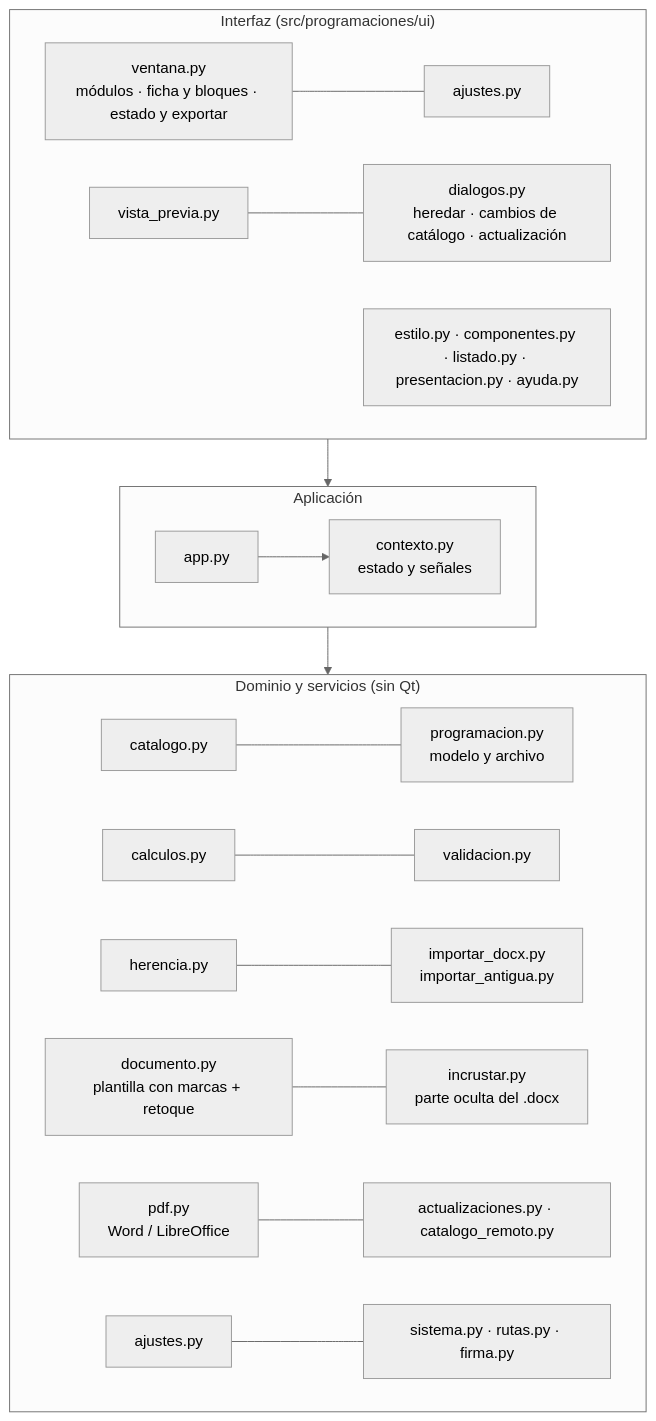
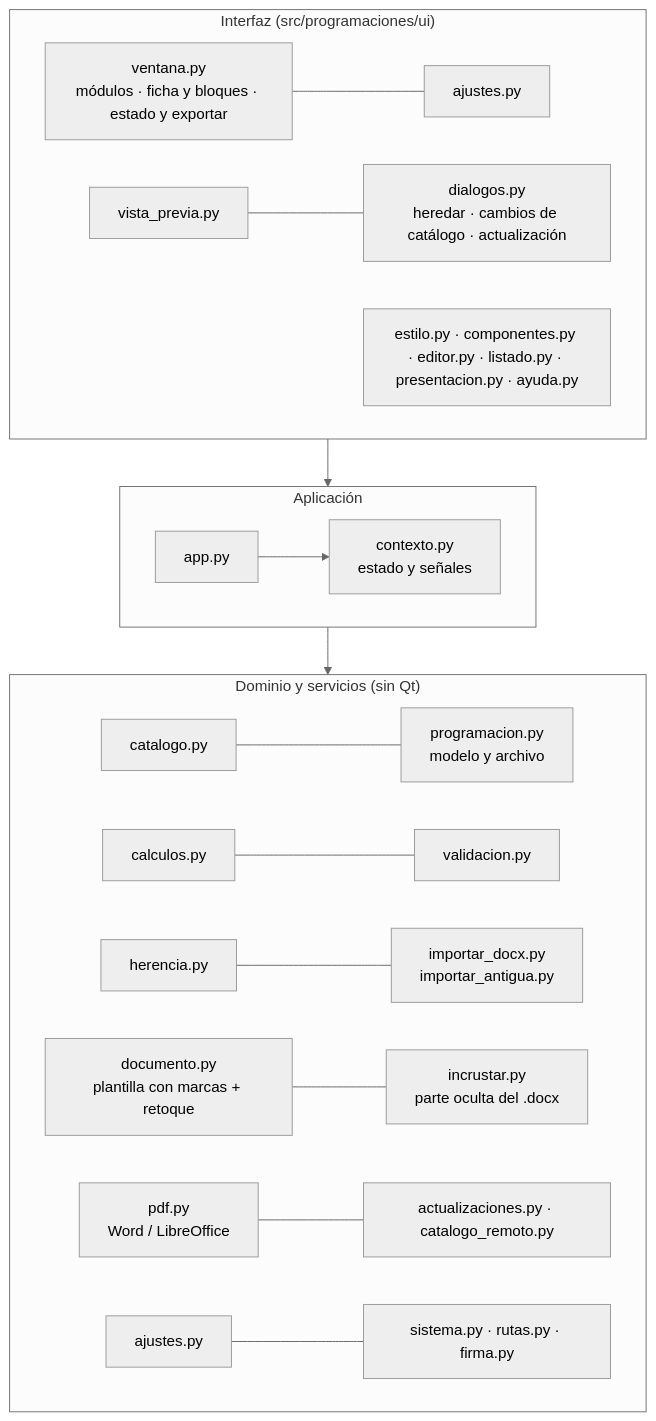
The diagram in TRD.md (cferrerobonet/programaciones_fp), drawn with Mermaid (neutral theme) before and after one commit. The commit also changed 7 other files, not shown here.

````diff
--- a/TRD.md
+++ b/TRD.md
@@ -49,20 +49,20 @@
 ```mermaid
 flowchart TB
   subgraph UI["Interfaz (src/programaciones/ui)"]
     V[ventana.py<br>módulos · ficha y bloques · estado y exportar] --- AJ[ajustes.py]
     PV[vista_previa.py] --- HE[dialogos.py<br>heredar · cambios de catálogo · actualización]
-    C[estilo.py · componentes.py · listado.py · presentacion.py · ayuda.py]
+    C[estilo.py · componentes.py · editor.py · listado.py · presentacion.py · ayuda.py]
   end
   subgraph APP["Aplicación"]
     APPPY[app.py] --> CTX[contexto.py<br>estado y señales]
   end
   subgraph DOM["Dominio y servicios (sin Qt)"]
     CAT[catalogo.py] --- PRO[programacion.py<br>modelo y archivo]
     CAL[calculos.py] --- VAL[validacion.py]
     HER[herencia.py] --- IMP[importar_docx.py<br>importar_antigua.py]
     DOC[documento.py<br>plantilla con marcas + retoque] --- INC[incrustar.py<br>parte oculta del .docx]
     PDF[pdf.py<br>Word / LibreOffice] --- ACT[actualizaciones.py · catalogo_remoto.py]
     AJS[ajustes.py] --- SIS[sistema.py · rutas.py · firma.py]
   end
   UI --> APP --> DOM
 ```
````
